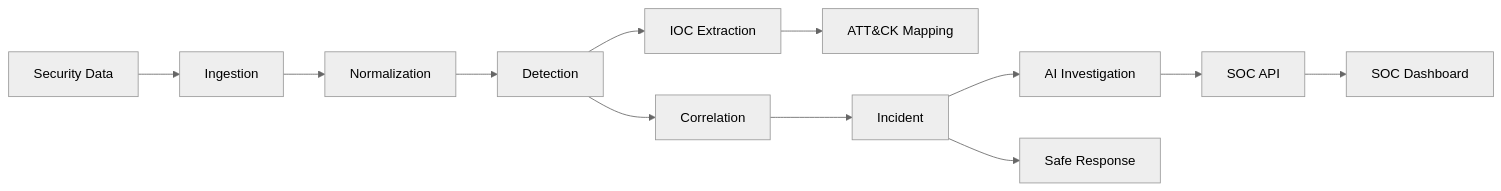
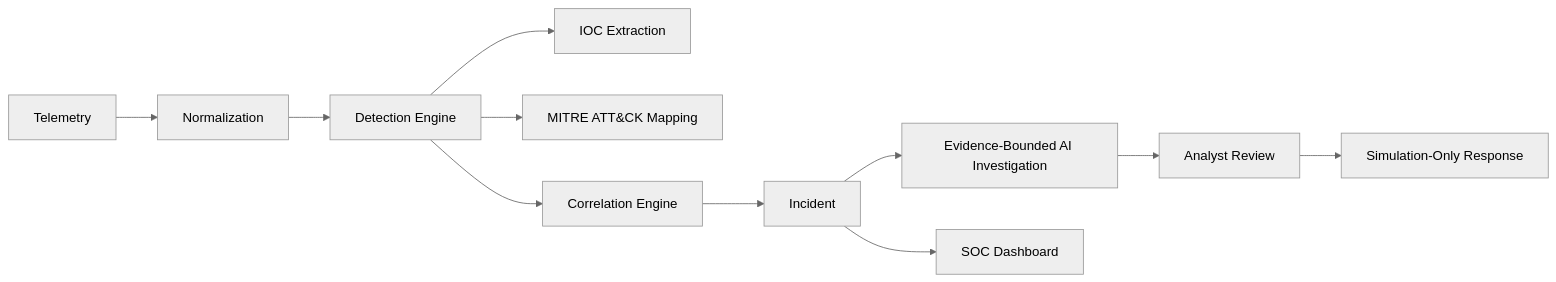
One commit to Ayushraj06-prog/ai-soc-analyst changed the diagram in README.md. Above: the diagram before and after it, drawn with Mermaid (neutral theme). The commit also changed other lines of this file and 1 other file, not shown here.

Commit message:
docs: polish AI SOC Analyst portfolio presentation

````diff
--- a/README.md
+++ b/README.md
@@ -28,14 +69,13 @@
 ```mermaid
 flowchart LR
-    A[Security Data] --> B[Ingestion]
-    B --> C[Normalization]
-    C --> D[Detection]
-    D --> E[IOC Extraction]
-    E --> F[ATT&CK Mapping]
-    D --> G[Correlation]
-    G --> H[Incident]
-    H --> I[AI Investigation]
-    I --> J[SOC API]
-    J --> K[SOC Dashboard]
-    H --> L[Safe Response]
+    A[Telemetry] --> B[Normalization]
+    B --> C[Detection Engine]
+    C --> D[IOC Extraction]
+    C --> E[MITRE ATT&CK Mapping]
+    C --> F[Correlation Engine]
+    F --> G[Incident]
+    G --> H[Evidence-Bounded AI Investigation]
+    H --> I[Analyst Review]
+    I --> J[Simulation-Only Response]
+    G --> K[SOC Dashboard]
 ```
````
